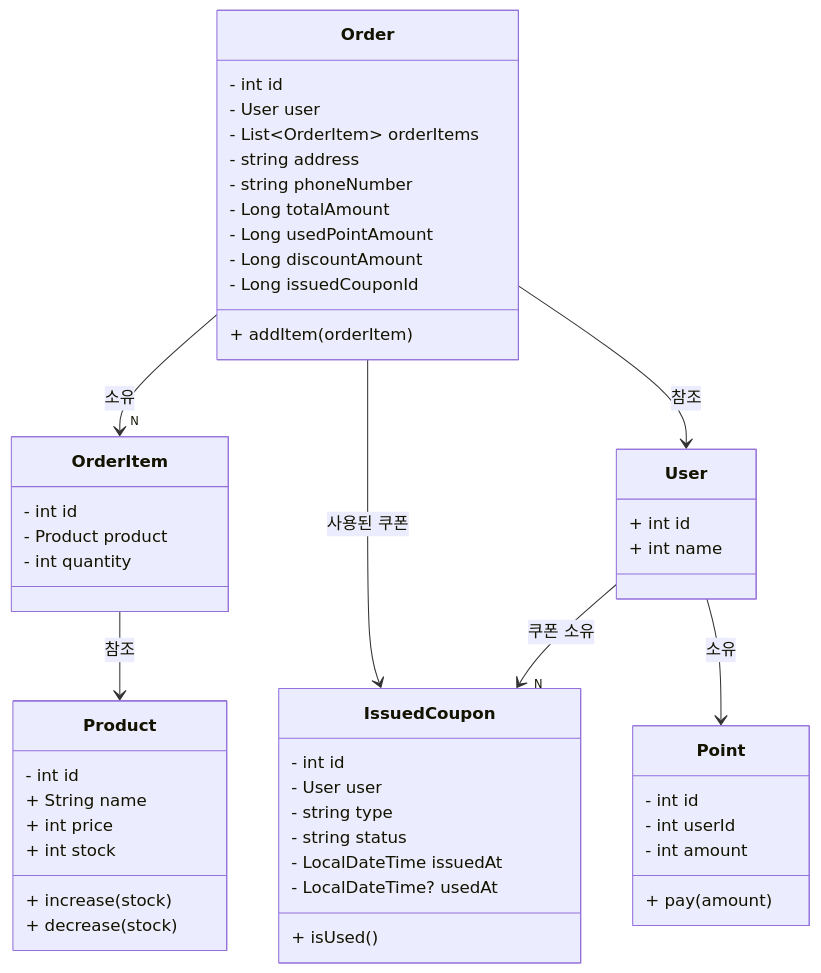
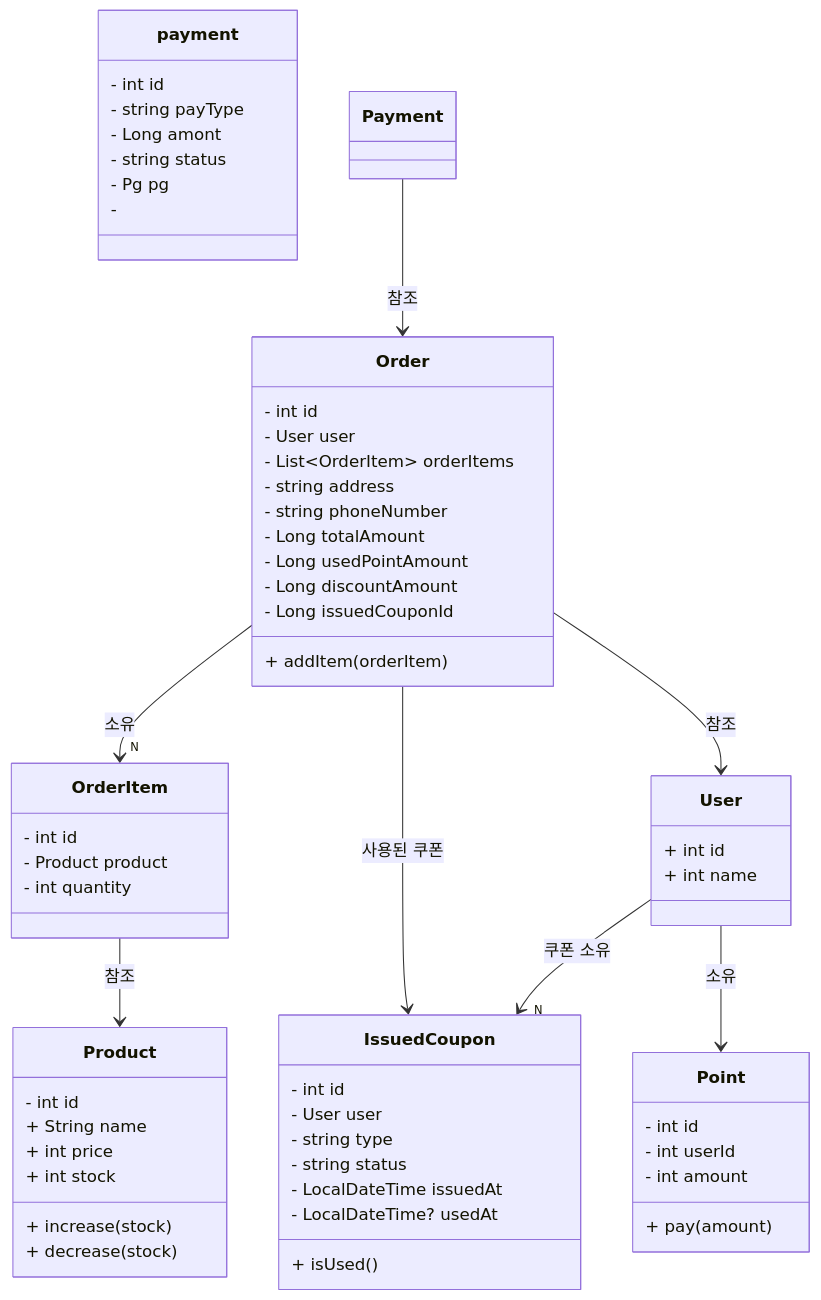
One commit to simbokyung98/loopers-ecommerce-system changed the diagram in docs/design/03-class-diagrams-detail/Order.md. Above: the diagram before and after it, drawn with Mermaid. The commit also changed 3 other files, not shown here.

````diff
--- a/docs/design/03-class-diagrams-detail/Order.md
+++ b/docs/design/03-class-diagrams-detail/Order.md
@@ -2,57 +2,66 @@
 ```mermaid 
     classDiagram
     class Order{
     - int id
     - User user
     - List~OrderItem~ orderItems
     - string address
     - string phoneNumber
     - Long totalAmount
     - Long usedPointAmount
     - Long discountAmount
     - Long issuedCouponId
     
    + addItem(orderItem)
   }
   class OrderItem{
       - int id
       - Product product
       - int quantity
   }
   class Product{
       - int id
       + String name
       + int price
       + int stock
       + increase(stock)
       + decrease(stock)
   }
   class User {
       + int id
       + int name
   }
   class Point{
       - int id
       - int userId
       - int amount
 
       + pay(amount)
   }
 
   class IssuedCoupon { 
       - int id
       - User user
       - string type
       - string status
       - LocalDateTime issuedAt
       - LocalDateTime? usedAt
       + isUsed() 
   }
-
+  
+  class payment{
+      - int id
+      - string payType
+      - Long amont
+      - string status
+      - Pg pg
+      - 
+ }
     Order --> "N" OrderItem : 소유
     OrderItem --> Product : 참조
     Order --> User : 참조
     Order --> IssuedCoupon : 사용된 쿠폰
     User --> "N" IssuedCoupon : 쿠폰 소유
     User --> Point : 소유
+    Payment --> Order : 참조
 ```
````
